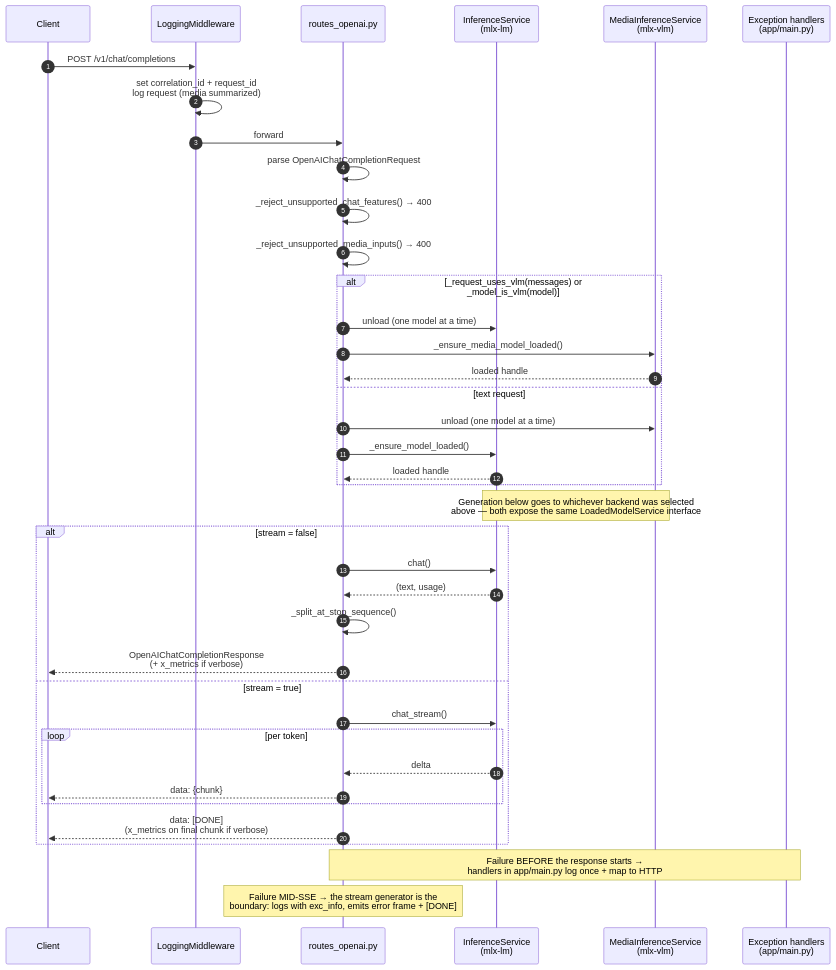
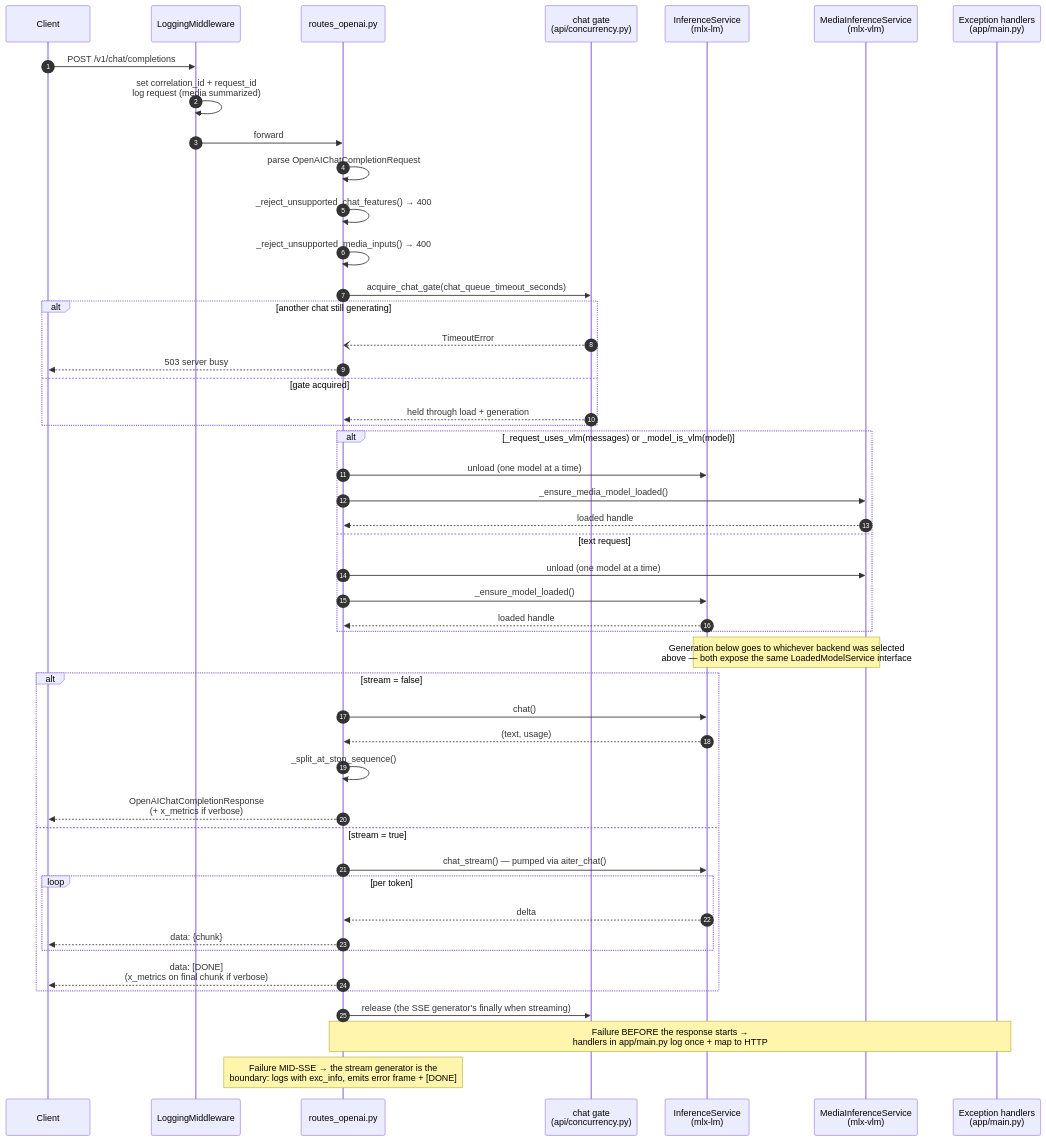
One commit to NVJ9SINGHNAVJOT/ai-service changed the fourth of 6 diagrams in docs/system-design.md. Above: the diagram before and after it, drawn with Mermaid. The commit also changed other lines of this file and 12 other files, not shown here.

````diff
--- a/docs/system-design.md
+++ b/docs/system-design.md
@@ -192,47 +196,58 @@
 ```mermaid
 sequenceDiagram
     autonumber
     participant C as Client
     participant M as LoggingMiddleware
     participant R as routes_openai.py
+    participant G as chat gate<br/>(api/concurrency.py)
     participant T as InferenceService<br/>(mlx-lm)
     participant V as MediaInferenceService<br/>(mlx-vlm)
     participant H as Exception handlers<br/>(app/main.py)
 
     C->>M: POST /v1/chat/completions
     M->>M: set correlation_id + request_id<br/>log request (media summarized)
     M->>R: forward
 
     R->>R: parse OpenAIChatCompletionRequest
     R->>R: _reject_unsupported_chat_features() → 400
     R->>R: _reject_unsupported_media_inputs() → 400
+
+    R->>G: acquire_chat_gate(chat_queue_timeout_seconds)
+    alt another chat still generating
+        G--)R: TimeoutError
+        R-->>C: 503 server busy
+    else gate acquired
+        G-->>R: held through load + generation
+    end
 
     alt _request_uses_vlm(messages) or _model_is_vlm(model)
         R->>T: unload (one model at a time)
         R->>V: _ensure_media_model_loaded()
         V-->>R: loaded handle
     else text request
         R->>V: unload (one model at a time)
         R->>T: _ensure_model_loaded()
         T-->>R: loaded handle
     end
 
     Note over T,V: Generation below goes to whichever backend was selected<br/>above — both expose the same LoadedModelService interface
 
     alt stream = false
         R->>T: chat()
         T-->>R: (text, usage)
         R->>R: _split_at_stop_sequence()
         R-->>C: OpenAIChatCompletionResponse<br/>(+ x_metrics if verbose)
     else stream = true
-        R->>T: chat_stream()
+        R->>T: chat_stream() — pumped via aiter_chat()
         loop per token
             T-->>R: delta
             R-->>C: data: {chunk}
         end
         R-->>C: data: [DONE]<br/>(x_metrics on final chunk if verbose)
     end
 
+    R->>G: release (the SSE generator's finally when streaming)
+
     Note over R,H: Failure BEFORE the response starts →<br/>handlers in app/main.py log once + map to HTTP
     Note over R: Failure MID-SSE → the stream generator is the<br/>boundary: logs with exc_info, emits error frame + [DONE]
 ```
````
